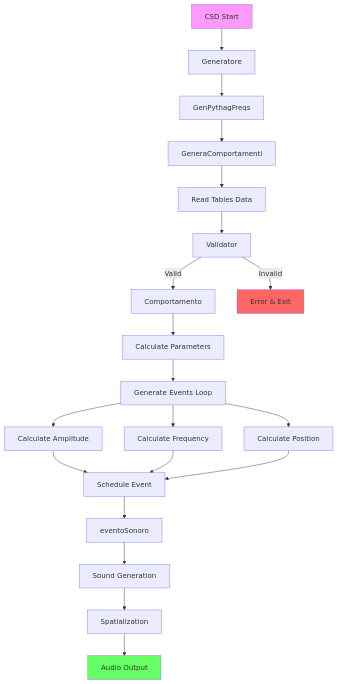
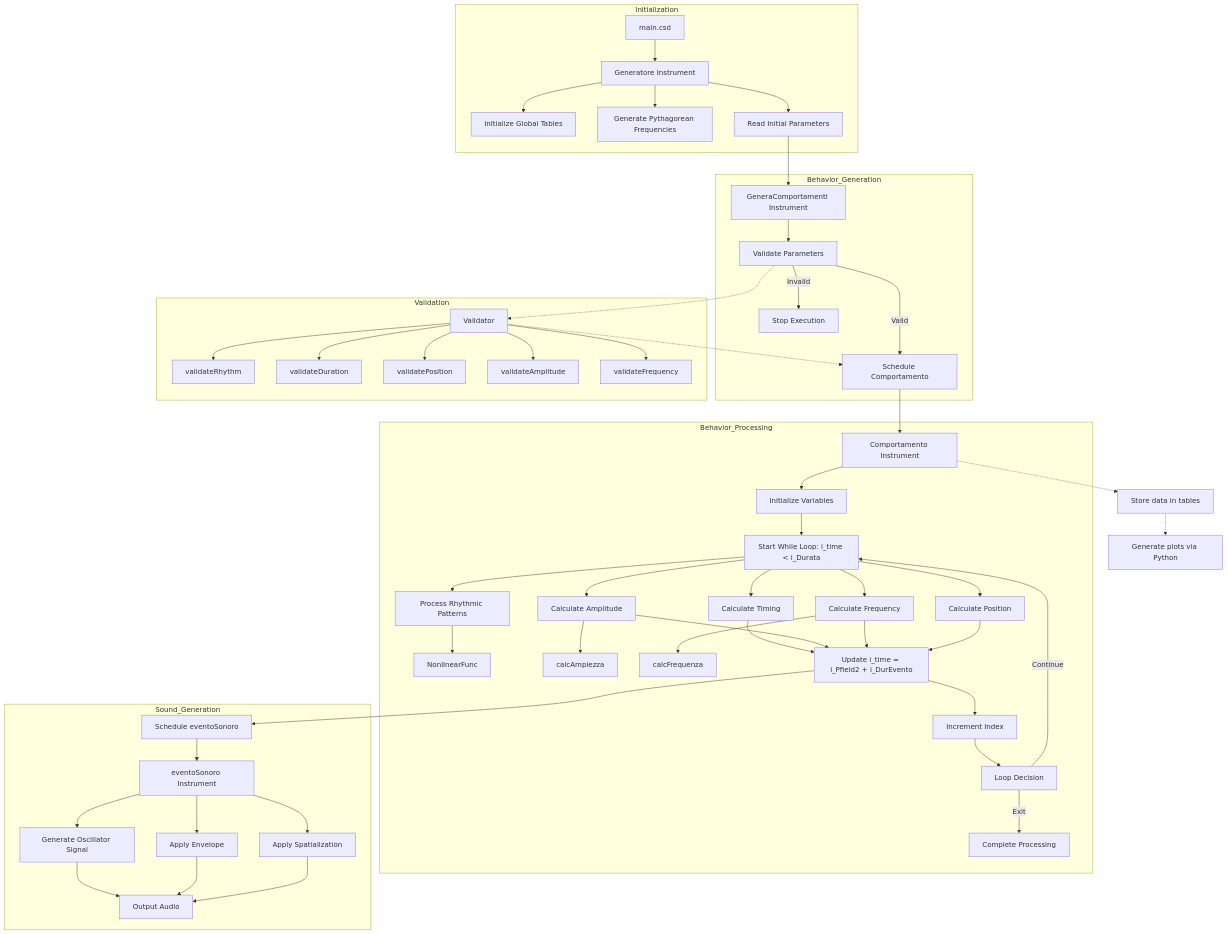
One commit to DMGiulioRomano/delta changed the diagram in delta-engine/docs/current_diagram.md. Above: the diagram before and after it, drawn with Mermaid. The commit also changed 2 other files, not shown here.

Commit message:
20250226_deltaBlog

````diff
--- a/delta-engine/docs/current_diagram.md
+++ b/delta-engine/docs/current_diagram.md
@@ -1,29 +1,62 @@
 ```mermaid
-graph TB
-    A[CSD Start] --> B[Generatore]
-    B --> C[GenPythagFreqs]
-    C --> D[GeneraComportamenti]
+flowchart TB
+    subgraph Initialization
+        A[main.csd] --> B[Generatore Instrument]
+        B --> C1[Initialize Global Tables]
+        B --> C2[Generate Pythagorean Frequencies]
+        B --> C3[Read Initial Parameters]
+    end
+
+    subgraph Behavior_Generation
+        C3 --> D[GeneraComportamenti Instrument]
+        D --> E1[Validate Parameters]
+        E1 -->|Valid| E2[Schedule Comportamento]
+        E1 -->|Invalid| E3[Stop Execution]
+    end
+
+    subgraph Behavior_Processing
+        E2 --> F[Comportamento Instrument]
+        F --> F3[Initialize Variables]
+        F3 --> F4[Start While Loop: i_time < i_Durata]
+        F4 --> G1[Process Rhythmic Patterns]
+        F4 --> G2[Calculate Timing]
+        F4 --> G3[Calculate Amplitude]
+        F4 --> G4[Calculate Frequency]
+        F4 --> G5[Calculate Position]
+        
+        G1 --> H1[NonlinearFunc]
+        G3 --> H2[calcAmpiezza]
+        G4 --> H3[calcFrequenza]
+        
+        G2 & G3 & G4 & G5 --> F5[Update i_time = i_Pfield2 + i_DurEvento]
+        F5 --> F6[Increment Index]
+        F6 --> F7[Loop Decision]
+        F7 -->|Continue| F4
+        F7 -->|Exit| F8[Complete Processing]
+    end
+
+    subgraph Sound_Generation
+        F5 --> I[Schedule eventoSonoro]
+        I --> J[eventoSonoro Instrument]
+        J --> K1[Generate Oscillator Signal]
+        J --> K2[Apply Envelope]
+        J --> K3[Apply Spatialization]
+        K1 & K2 & K3 --> L[Output Audio]
+    end
     
-    D --> E[Read Tables Data]
-    E --> F[Validator]
-    F -->|Valid| G[Comportamento]
-    F -->|Invalid| H[Error & Exit]
+    subgraph Validation
+        V[Validator] --> V1[validateRhythm]
+        V --> V2[validateDuration]
+        V --> V3[validatePosition]
+        V --> V4[validateAmplitude]
+        V --> V5[validateFrequency]
+        E1 -.-> V
+    end
     
-    G --> I[Calculate Parameters]
-    I --> J[Generate Events Loop]
+    %% Connect validation to behavior processing
+    V -.-> E2
     
-    J --> K[Calculate Amplitude]
-    J --> L[Calculate Frequency]
-    J --> M[Calculate Position]
-    
-    K & L & M --> N[Schedule Event]
-    N --> O[eventoSonoro]
-    
-    O --> P[Sound Generation]
-    P --> Q[Spatialization]
-    Q --> R[Audio Output]
-    
-    style A fill:#f9f
-    style H fill:#f66
-    style R fill:#6f6
+    %% Additional connections
+    F -.-> F1[Store data in tables]
+    F1 -.-> F2[Generate plots via Python]
 ```
````
